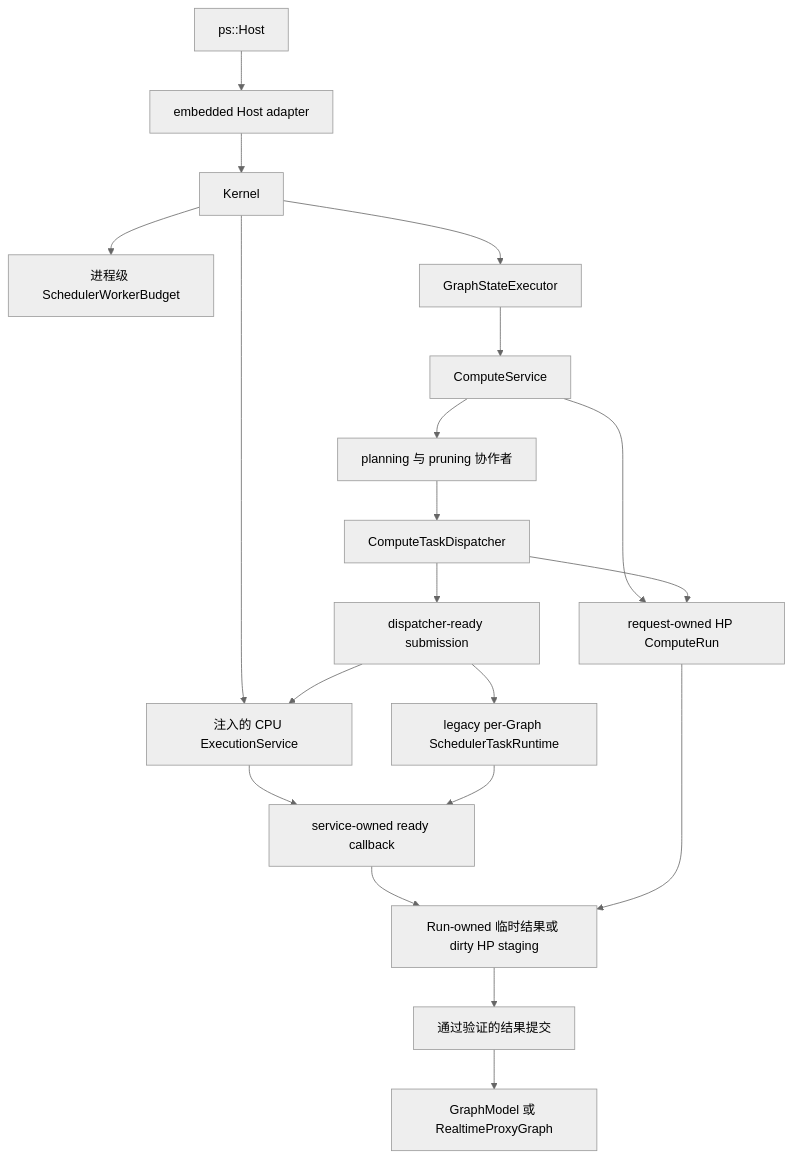
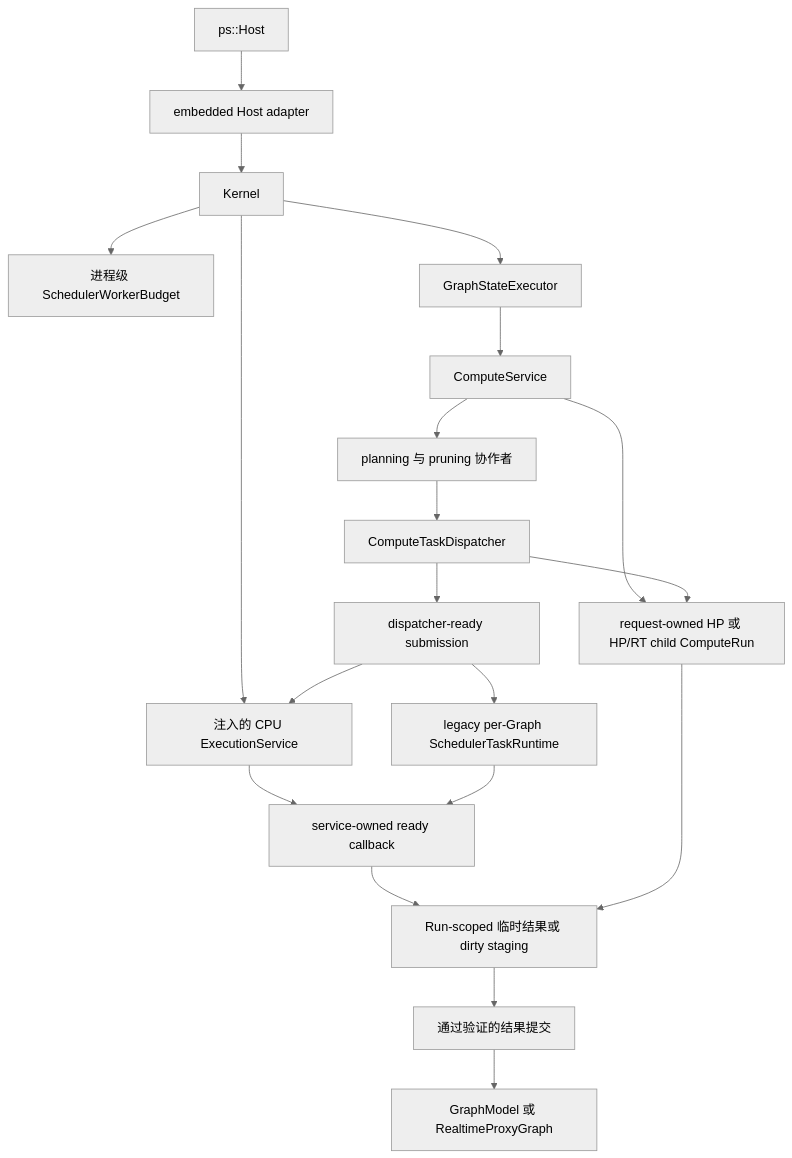
One commit to kevin-zf1123/photospider changed the diagram in docs/kernel-architecture/zh/Compute-Boundaries.zh.md. Above: the diagram before and after it, drawn with Mermaid (neutral theme). The commit also changed other lines of this file and 44 other files, not shown here.

````diff
--- a/docs/kernel-architecture/zh/Compute-Boundaries.zh.md
+++ b/docs/kernel-architecture/zh/Compute-Boundaries.zh.md
@@ -20,22 +20,22 @@
 ```mermaid
 flowchart TD
   HOST["ps::Host"] --> ADAPTER["embedded Host adapter"]
   ADAPTER --> KERNEL["Kernel"]
   KERNEL --> BUDGET["进程级 SchedulerWorkerBudget"]
   KERNEL --> EXEC["注入的 CPU ExecutionService"]
   KERNEL --> GSE["GraphStateExecutor"]
   GSE --> SERVICE["ComputeService"]
-  SERVICE --> RUN["request-owned HP ComputeRun"]
+  SERVICE --> RUN["request-owned HP 或 HP/RT child ComputeRun"]
   SERVICE --> PLAN["planning 与 pruning 协作者"]
   PLAN --> DISPATCH["ComputeTaskDispatcher"]
   DISPATCH --> RUN
   DISPATCH --> READY["dispatcher-ready submission"]
   READY --> EXEC
   READY --> RUNTIME["legacy per-Graph SchedulerTaskRuntime"]
   EXEC --> CALLBACK["service-owned ready callback"]
   RUNTIME --> CALLBACK
-  CALLBACK --> TEMP["Run-owned 临时结果或 dirty HP staging"]
+  CALLBACK --> TEMP["Run-scoped 临时结果或 dirty staging"]
   RUN --> TEMP
   TEMP --> COMMIT["通过验证的结果提交"]
   COMMIT --> GRAPH["GraphModel 或 RealtimeProxyGraph"]
 ```
````
